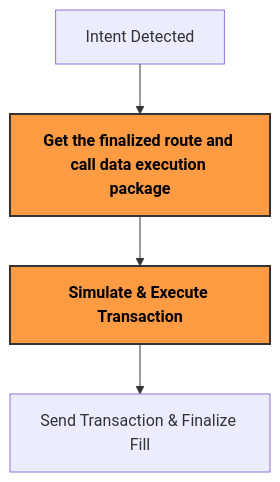
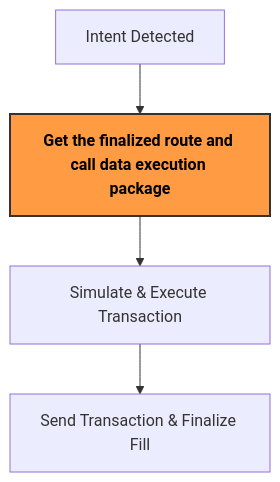
Before and after one commit to sprintertech/sprinter-sdk: the diagram in docs/docs/03-Solve/index.md, drawn with Mermaid.

Commit message:
adding router execution address

````diff
--- a/docs/docs/03-Solve/index.md
+++ b/docs/docs/03-Solve/index.md
@@ -22,14 +22,12 @@
 ```mermaid
 flowchart TD
-  A[Intent Detected] -->
+  A[Intent Detected] --> 
   E[Get the finalized route and call data execution package]
   E --> F[Simulate & Execute Transaction]
   F --> G[Send Transaction & Finalize Fill]
 
 
 click E "solve-get-route-v2" "Borrow Quote"
 style E fill:#FF9B43,stroke:#333,stroke-width:2px,color:#000,font-weight:bold
 
-click F "solve-api-quick-start#4-send-transaction-using-swap_call_data" "Borrow Quote"
-style F fill:#FF9B43,stroke:#333,stroke-width:2px,color:#000,font-weight:bold
 ```
````
